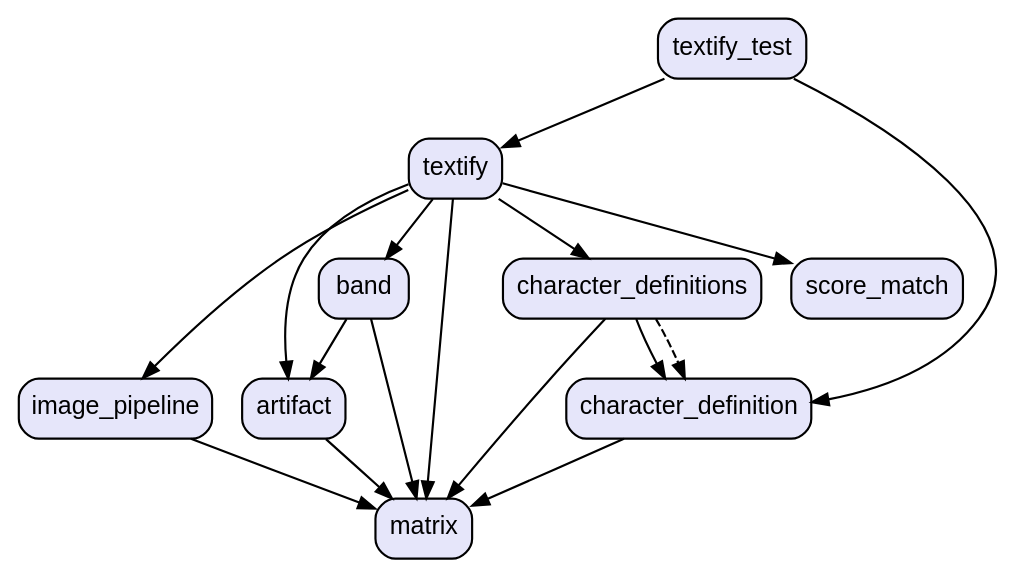
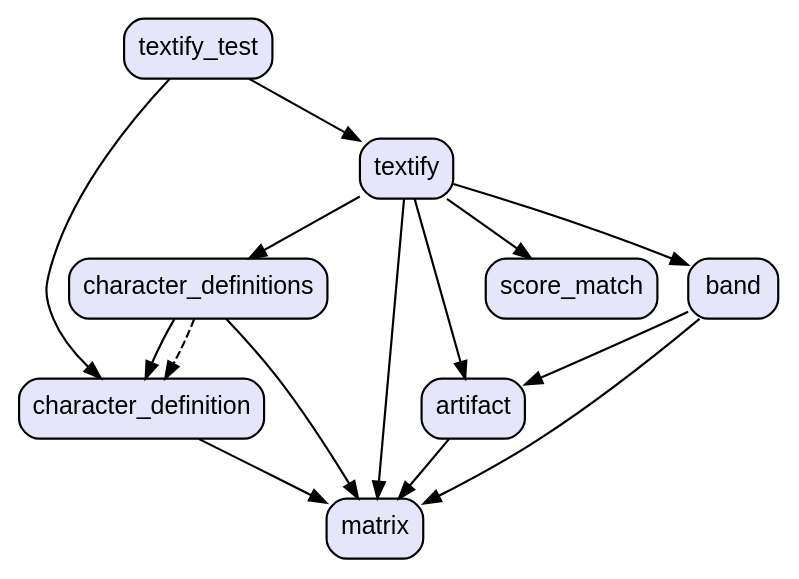
One commit to vteam-com/textify changed the diagram in graph.dot. Above: the diagram before and after it, drawn with Graphviz. The commit also changed 8 other files, not shown here.

Commit message:
refactor remove [image_pipeline.dart]

```diff
--- a/graph.dot
+++ b/graph.dot
@@ -1,30 +1,27 @@
 digraph "" {
   graph [style=rounded fontname="Arial Black" fontsize=13 penwidth=2.6];
   node [shape=rect style="filled,rounded" fontname=Arial fontsize=15 fillcolor=Lavender penwidth=1.3];
   edge [penwidth=1.3];
   "/test/textify_test.dart" [label="textify_test"];
   "/lib/band.dart" [label="band"];
-  "/lib/image_pipeline.dart" [label="image_pipeline"];
   "/lib/artifact.dart" [label="artifact"];
   "/lib/score_match.dart" [label="score_match"];
   "/lib/character_definition.dart" [label="character_definition"];
   "/lib/textify.dart" [label="textify"];
   "/lib/matrix.dart" [label="matrix"];
   "/lib/character_definitions.dart" [label="character_definitions"];
   "/test/textify_test.dart" -> "/lib/character_definition.dart";
   "/test/textify_test.dart" -> "/lib/textify.dart";
   "/lib/band.dart" -> "/lib/artifact.dart";
   "/lib/band.dart" -> "/lib/matrix.dart";
-  "/lib/image_pipeline.dart" -> "/lib/matrix.dart";
   "/lib/artifact.dart" -> "/lib/matrix.dart";
   "/lib/character_definition.dart" -> "/lib/matrix.dart";
   "/lib/textify.dart" -> "/lib/artifact.dart";
   "/lib/textify.dart" -> "/lib/band.dart";
   "/lib/textify.dart" -> "/lib/character_definitions.dart";
-  "/lib/textify.dart" -> "/lib/image_pipeline.dart";
   "/lib/textify.dart" -> "/lib/matrix.dart";
   "/lib/textify.dart" -> "/lib/score_match.dart";
   "/lib/character_definitions.dart" -> "/lib/character_definition.dart";
   "/lib/character_definitions.dart" -> "/lib/matrix.dart";
   "/lib/character_definitions.dart" -> "/lib/character_definition.dart" [style=dashed];
 }
```
